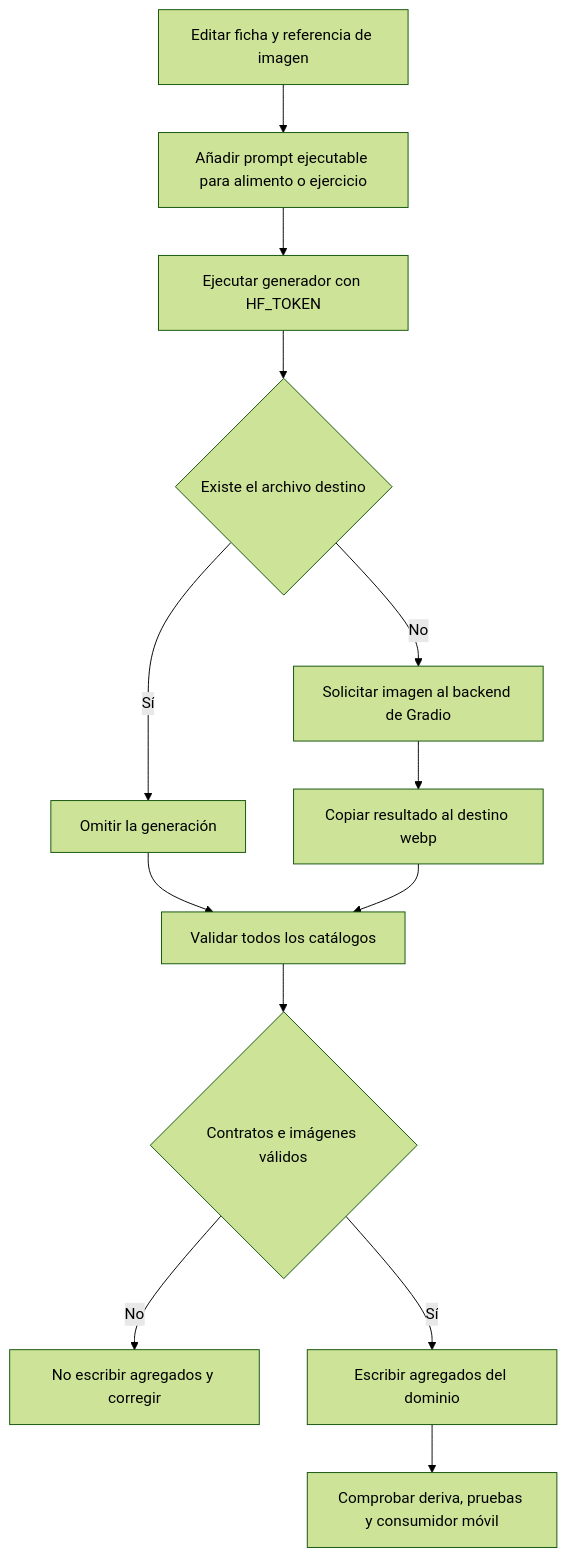
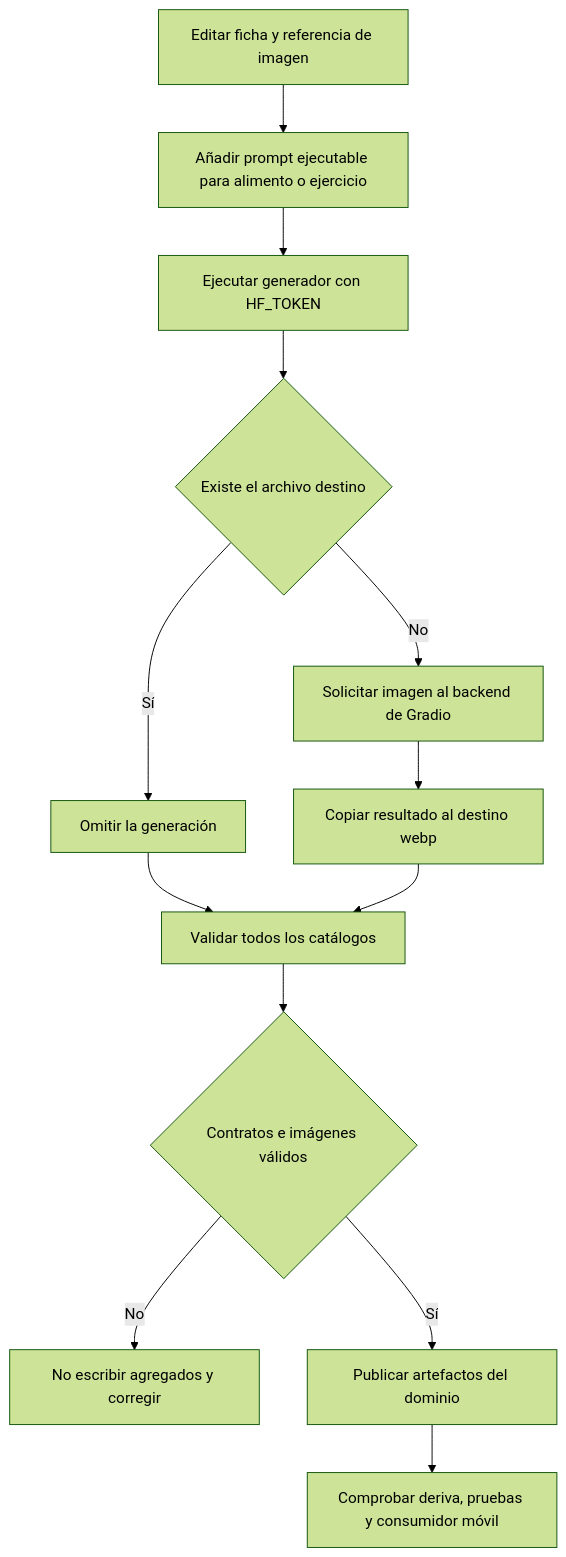
Before and after one commit to maximofn/gymnasia: the diagram in openwiki/content/image-generation.md, drawn with Mermaid (forest theme). The commit also changed other lines of this file and 50 other files, not shown here.

````diff
--- a/openwiki/content/image-generation.md
+++ b/openwiki/content/image-generation.md
@@ -48,15 +52,15 @@
 ```mermaid
 flowchart TD
     A["Editar ficha y referencia de imagen"] --> B["Añadir prompt ejecutable para alimento o ejercicio"]
     B --> C["Ejecutar generador con HF_TOKEN"]
     C --> D{"Existe el archivo destino"}
     D -->|"Sí"| E["Omitir la generación"]
     D -->|"No"| F["Solicitar imagen al backend de Gradio"]
     F --> G["Copiar resultado al destino webp"]
     E --> H["Validar todos los catálogos"]
     G --> H
     H --> I{"Contratos e imágenes válidos"}
     I -->|"No"| J["No escribir agregados y corregir"]
-    I -->|"Sí"| K["Escribir agregados del dominio"]
+    I -->|"Sí"| K["Publicar artefactos del dominio"]
     K --> L["Comprobar deriva, pruebas y consumidor móvil"]
 ```
````
